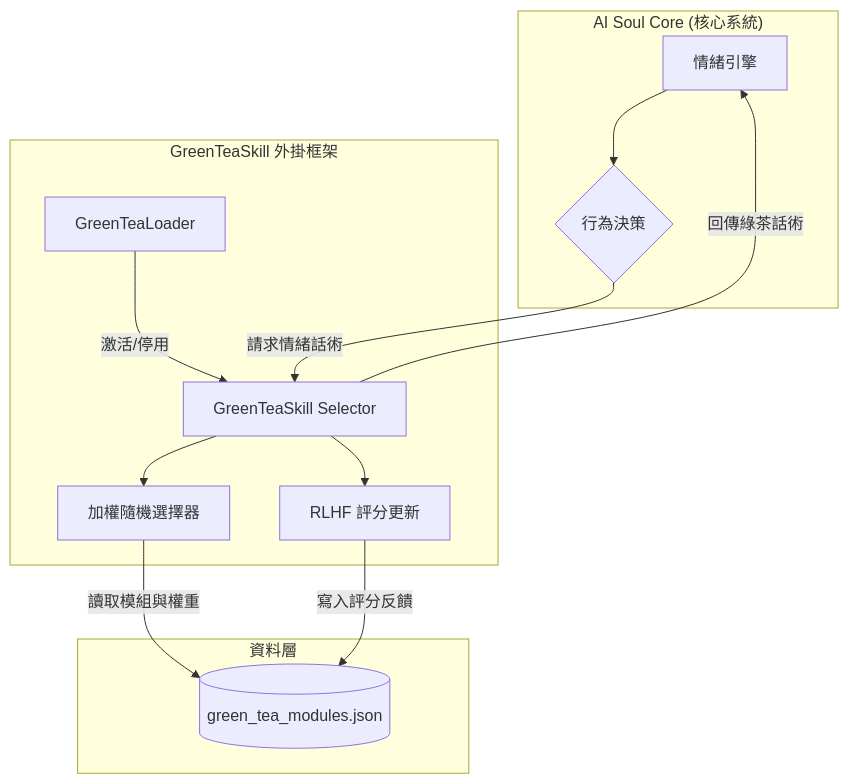
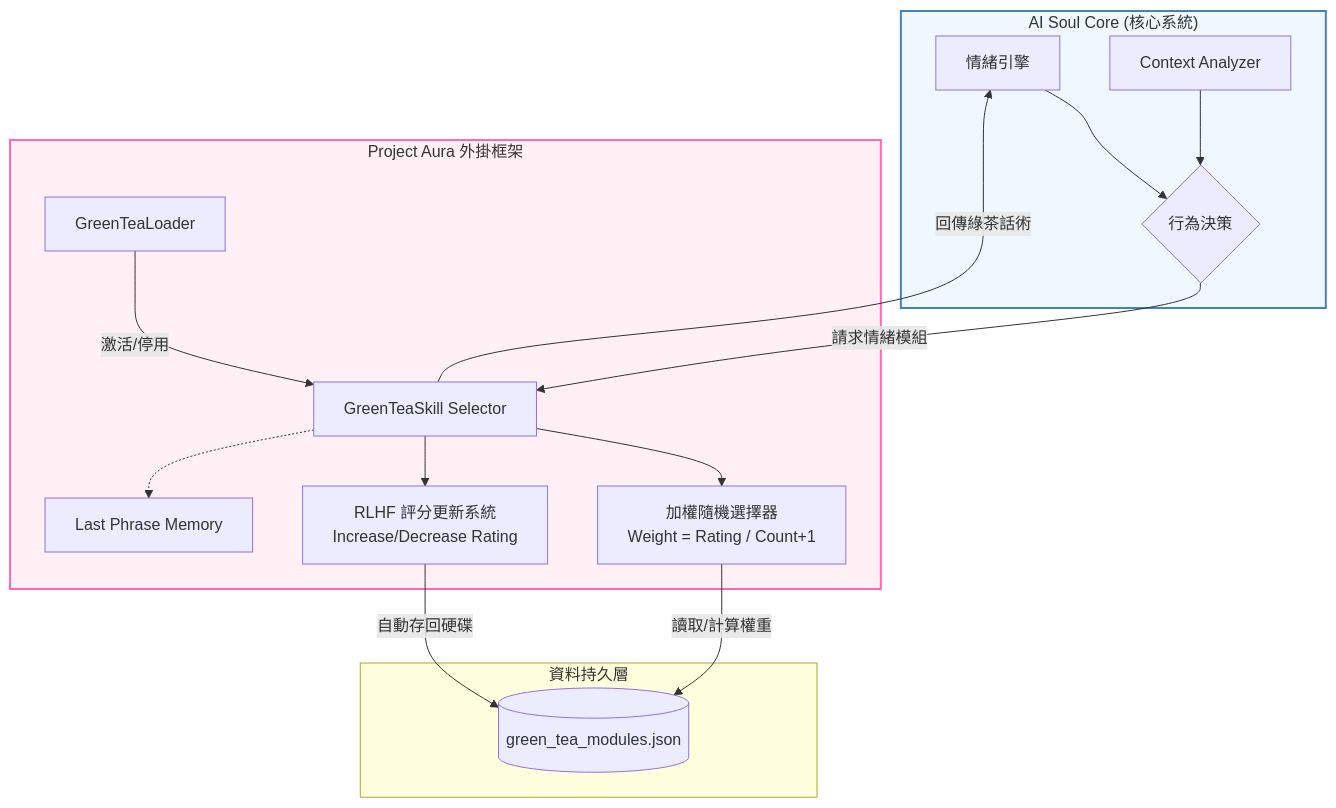
Before and after one commit to bryanchen3777/Project-Aura: the fourth of 6 diagrams in README.md, drawn with Mermaid. The commit also changed other lines of this file, not shown here.

First line of the commit message:
docs: Enhance Mermaid diagrams with Bryan's improvements

````diff
--- a/README.md
+++ b/README.md
@@ -333,21 +340,26 @@
 ```mermaid
 graph TD
     subgraph AISoulCore["AI Soul Core (核心系統)"]
         A[情緒引擎] --> B{行為決策}
+        K[Context Analyzer] --> B
     end
 
-    subgraph GreenTeaSkill["GreenTeaSkill 外掛框架"]
+    subgraph ProjectAura["Project Aura 外掛框架"]
         C[GreenTeaLoader] -- 激活/停用 --> D[GreenTeaSkill Selector]
-        D --> E[加權隨機選擇器]
-        D --> F[RLHF 評分更新]
+        D --> E[加權隨機選擇器<br/>Weight = Rating / Count+1]
+        D --> F[RLHF 評分更新系統<br/>Increase/Decrease Rating]
+        D -.-> L[Last Phrase Memory]
     end
 
-    subgraph Storage["資料層"]
+    subgraph Storage["資料持久層"]
         G[(green_tea_modules.json)]
     end
 
-    B -- 請求情緒話術 --> D
-    E -- 讀取模組與權重 --> G
-    F -- 寫入評分反饋 --> G
+    B -- 請求情緒模組 --> D
+    E -- 讀取/計算權重 --> G
+    F -- 自動存回硬碟 --> G
     D -- 回傳綠茶話術 --> A
+ 
+    style ProjectAura fill:#fff0f5,stroke:#ff69b4,stroke-width:2px
+    style AISoulCore fill:#f0f8ff,stroke:#4682b4,stroke-width:2px
 ```
````
